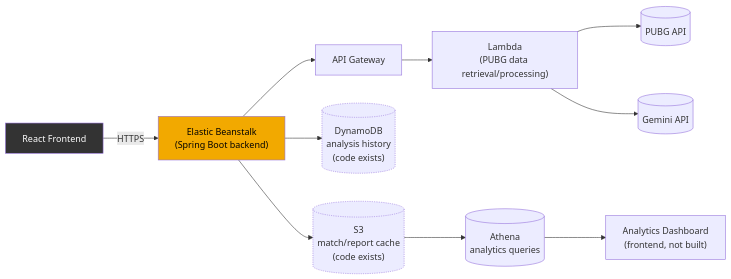
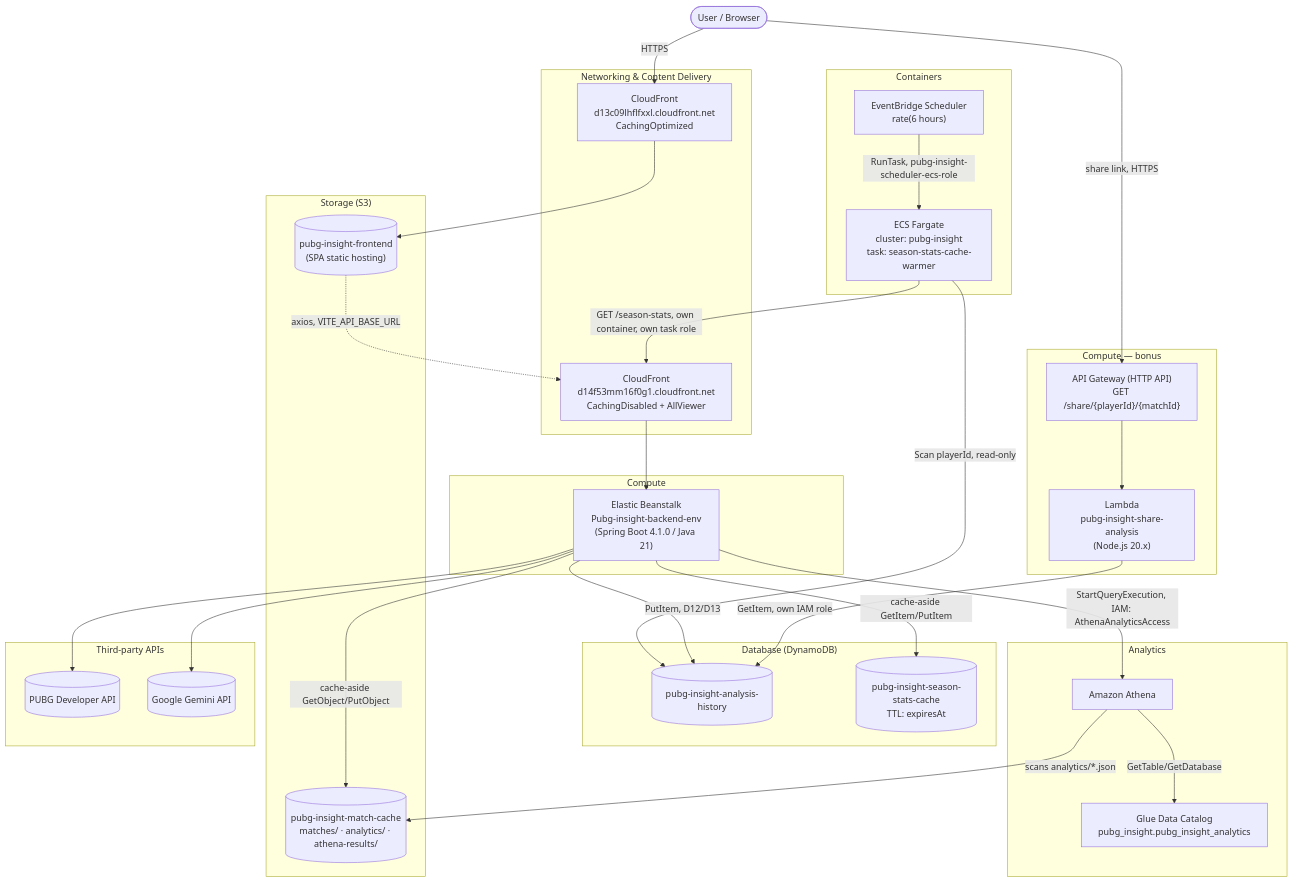
One commit to lucietran03/pubg-insight-backend changed diagram 17 of 17 in docs/deliverables/ARCHITECTURE.md. Above: the diagram before and after it, drawn with Mermaid. The commit also changed other lines of this file and 6 other files, not shown here.

First line of the commit message:
docs: update architecture docs and READMEs for the new AWS services

````diff
--- a/docs/deliverables/ARCHITECTURE.md
+++ b/docs/deliverables/ARCHITECTURE.md
@@ -580,17 +744,64 @@
 ```mermaid
-flowchart LR
-    FE["React Frontend"] -->|HTTPS| EB["Elastic Beanstalk\n(Spring Boot backend)"]
-    EB --> APIGW["API Gateway"]
-    APIGW --> Lambda["Lambda\n(PUBG data retrieval/processing)"]
-    Lambda --> PUBG[("PUBG API")]
-    Lambda --> Gemini[("Gemini API")]
-    EB --> DDB[("DynamoDB\nanalysis history\n(code exists)")]
-    EB --> S3[("S3\nmatch/report cache\n(code exists)")]
-    S3 --> Athena[("Athena\nanalytics queries")]
-    Athena --> Dashboard["Analytics Dashboard\n(frontend, not built)"]
+flowchart TB
+    User(["User / Browser"])
 
-    style FE fill:#333,color:#fff
-    style EB fill:#f2a900,color:#000
-    style DDB stroke-dasharray: 2 2
-    style S3 stroke-dasharray: 2 2
+    subgraph cdn["Networking & Content Delivery"]
+        CFFE["CloudFront\nd13c09lhflfxxl.cloudfront.net\nCachingOptimized"]
+        CFBE["CloudFront\nd14f53mm16f0g1.cloudfront.net\nCachingDisabled + AllViewer"]
+    end
+
+    subgraph storage["Storage (S3)"]
+        S3FE[("pubg-insight-frontend\n(SPA static hosting)")]
+        S3MC[("pubg-insight-match-cache\nmatches/ · analytics/ · athena-results/")]
+    end
+
+    subgraph compute["Compute"]
+        EB["Elastic Beanstalk\nPubg-insight-backend-env\n(Spring Boot 4.1.0 / Java 21)"]
+    end
+
+    subgraph computeBonus["Compute — bonus"]
+        APIGW["API Gateway (HTTP API)\nGET /share/{playerId}/{matchId}"]
+        Lambda["Lambda\npubg-insight-share-analysis\n(Node.js 20.x)"]
+    end
+
+    subgraph containers["Containers"]
+        EventBridge["EventBridge Scheduler\nrate(6 hours)"]
+        ECS["ECS Fargate\ncluster: pubg-insight\ntask: season-stats-cache-warmer"]
+    end
+
+    subgraph database["Database (DynamoDB)"]
+        DDBHist[("pubg-insight-analysis-history")]
+        DDBCache[("pubg-insight-season-stats-cache\nTTL: expiresAt")]
+    end
+
+    subgraph analytics["Analytics"]
+        Glue["Glue Data Catalog\npubg_insight.pubg_insight_analytics"]
+        Athena["Amazon Athena"]
+    end
+
+    subgraph thirdparty["Third-party APIs"]
+        PUBG[("PUBG Developer API")]
+        Gemini[("Google Gemini API")]
+    end
+
+    User -->|HTTPS| CFFE
+    CFFE --> S3FE
+    User -->|share link, HTTPS| APIGW
+    APIGW --> Lambda
+    Lambda -->|GetItem, own IAM role| DDBHist
+
+    S3FE -.->|axios, VITE_API_BASE_URL| CFBE
+    CFBE --> EB
+    EB --> PUBG
+    EB --> Gemini
+    EB -->|cache-aside GetObject/PutObject| S3MC
+    EB -->|cache-aside GetItem/PutItem| DDBCache
+    EB -->|PutItem, D12/D13| DDBHist
+    EB -->|StartQueryExecution, IAM: AthenaAnalyticsAccess| Athena
+    Athena -->|GetTable/GetDatabase| Glue
+    Athena -->|scans analytics/*.json| S3MC
+
+    EventBridge -->|RunTask, pubg-insight-scheduler-ecs-role| ECS
+    ECS -->|Scan playerId, read-only| DDBHist
+    ECS -->|GET /season-stats, own container, own task role| CFBE
 ```
````
